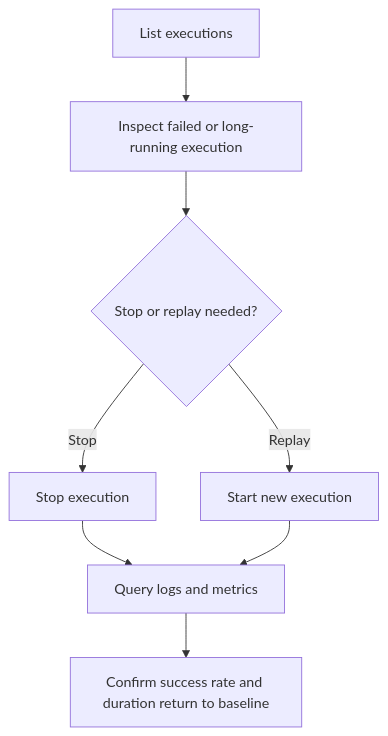
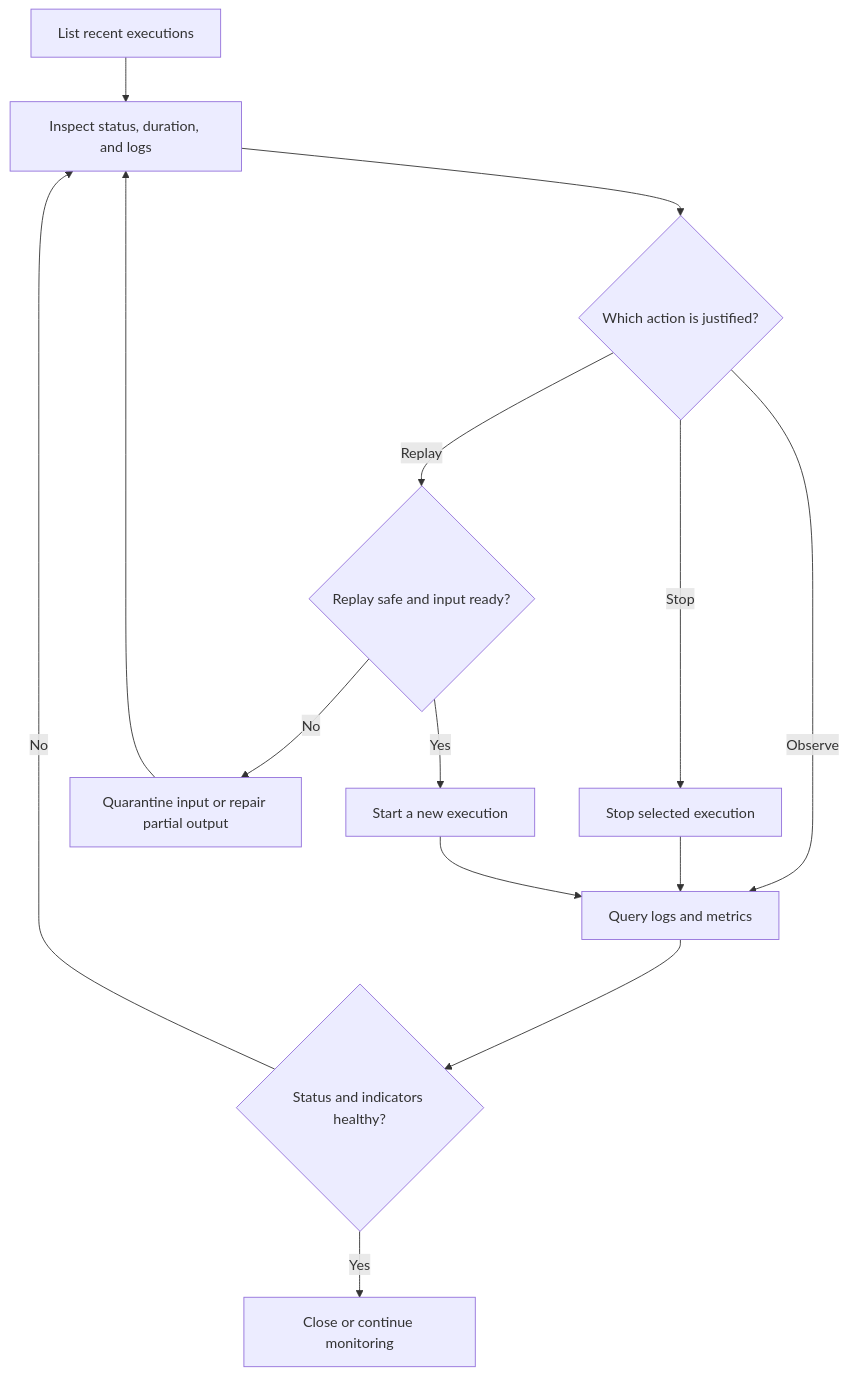
The diagram in docs/operations/jobs/index.md (yeongseon/azure-container-apps-practical-guide), drawn with Mermaid before and after one commit. The commit also changed other lines of this file and 11 other files, not shown here.

Commit message:
docs(diagrams): migrate probe and jobs lifecycle diagrams (#613)

````diff
--- a/docs/operations/jobs/index.md
+++ b/docs/operations/jobs/index.md
@@ -178,10 +191,30 @@
 ```mermaid
 flowchart TD
-    A[List executions] --> B[Inspect failed or long-running execution]
-    B --> C{Stop or replay needed?}
-    C -->|Stop| D[Stop execution]
-    C -->|Replay| E[Start new execution]
-    D --> F[Query logs and metrics]
-    E --> F
-    F --> G[Confirm success rate and duration return to baseline]
+    accTitle: Jobs day-2 operations flow
+    accDescr: Shows operators listing and inspecting executions, choosing observation, stop, or replay actions, and verifying the outcome through execution status, logs, and metrics.
+
+    LIST[List recent executions]
+    INSPECT[Inspect status, duration, and logs]
+    DECIDE{Which action is justified?}
+    QUERY[Query logs and metrics]
+    STOP[Stop selected execution]
+    SAFE{Replay safe and input ready?}
+    FIX[Quarantine input or repair partial output]
+    START[Start a new execution]
+    VERIFY{Status and indicators healthy?}
+    CLOSE[Close or continue monitoring]
+
+    LIST --> INSPECT
+    INSPECT --> DECIDE
+    DECIDE -->|Observe| QUERY
+    DECIDE -->|Stop| STOP
+    DECIDE -->|Replay| SAFE
+    SAFE -->|No| FIX
+    FIX --> INSPECT
+    SAFE -->|Yes| START
+    STOP --> QUERY
+    START --> QUERY
+    QUERY --> VERIFY
+    VERIFY -->|No| INSPECT
+    VERIFY -->|Yes| CLOSE
 ```
````
